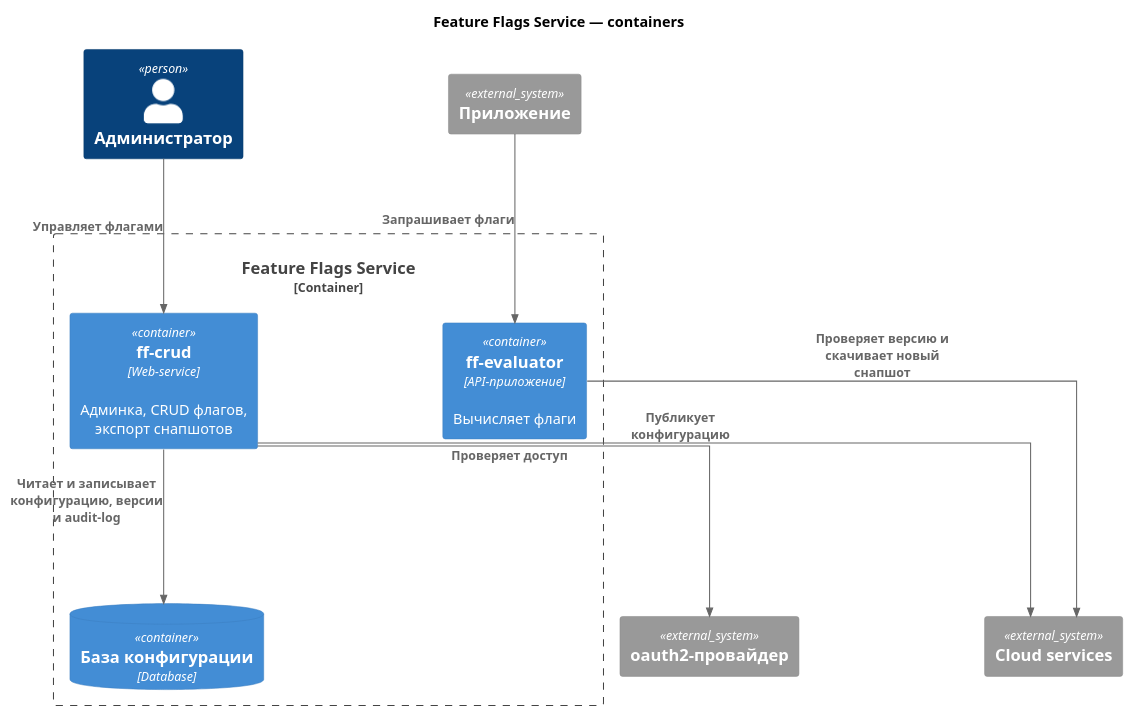
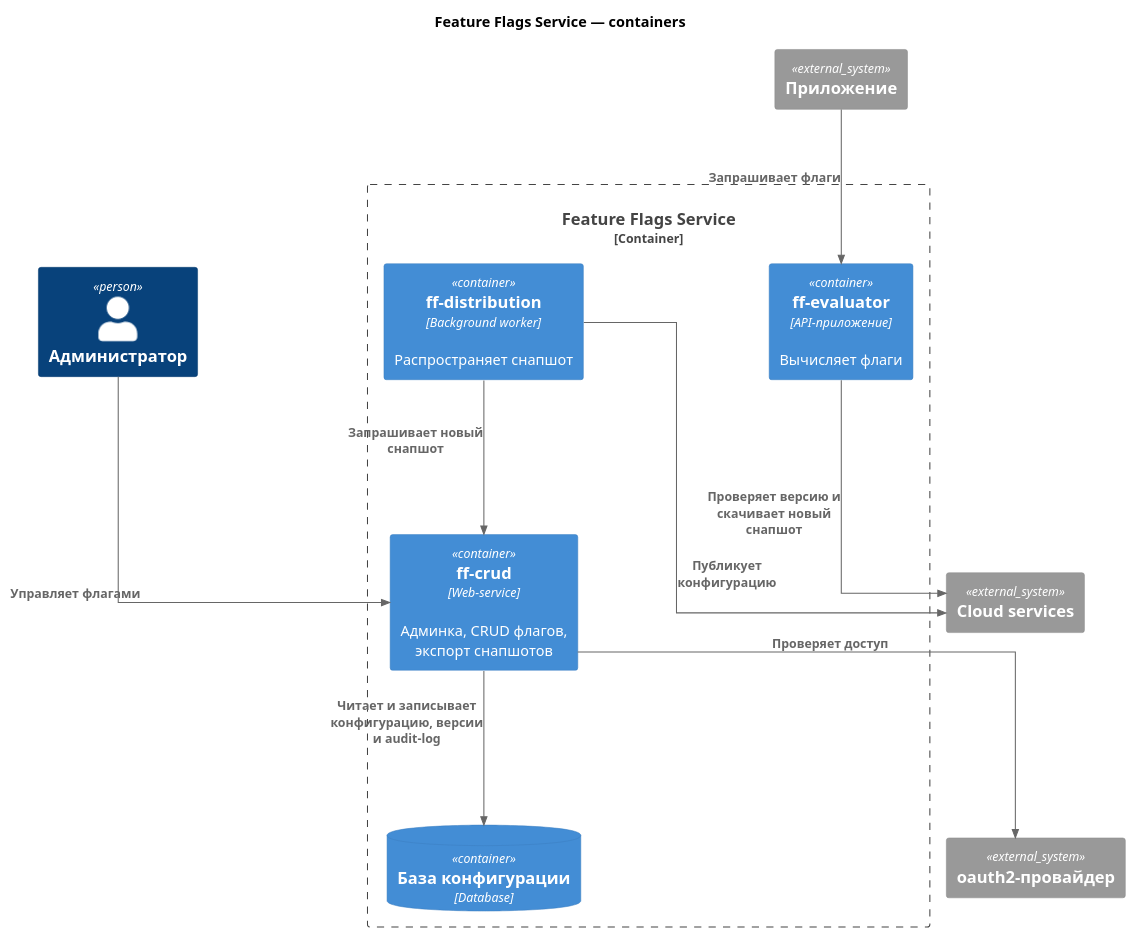
One commit to nvchursin/otus-feature-flags changed the diagram in docs/design/c4-containers.puml. Above: the diagram before and after it, drawn with PlantUML. The commit also changed 3 other files, not shown here.

```diff
--- a/docs/design/c4-containers.puml
+++ b/docs/design/c4-containers.puml
@@ -1,28 +1,29 @@
 @startuml c4-containers
 !include <C4/C4_Container>
 
 title Feature Flags Service — containers
 
 skinparam linetype ortho
 skinparam nodesep 180
 skinparam ranksep 150
 
 Person(admin, "Администратор")
 System_Ext(consumer, "Приложение")
 System_Ext(identity_provider, "oauth2-провайдер")
 System_Ext(cloud_services, "Cloud services")
 
 Container_Boundary(feature_flags, "Feature Flags Service") {
     Container(crud, "ff-crud", "Web-service", "Админка, CRUD флагов, экспорт снапшотов")
     ContainerDb(database, "База конфигурации", "Database")
     Container(evaluator, "ff-evaluator", "API-приложение", "Вычисляет флаги")
+    Container(distribution, "ff-distribution", "Background worker", "Распространяет снапшот")
 }
 
 Rel(admin, crud, "Управляет флагами")
 Rel(crud, identity_provider, "Проверяет доступ")
 Rel(crud, database, "Читает и записывает конфигурацию, версии и audit-log")
-Rel(crud, cloud_services, "Публикует конфигурацию")
 Rel(evaluator, cloud_services, "Проверяет версию и скачивает новый снапшот")
-
+Rel(distribution, crud, "Запрашивает новый снапшот")
+Rel(distribution, cloud_services, "Публикует конфигурацию")
 Rel(consumer, evaluator, "Запрашивает флаги")
 @enduml
```
